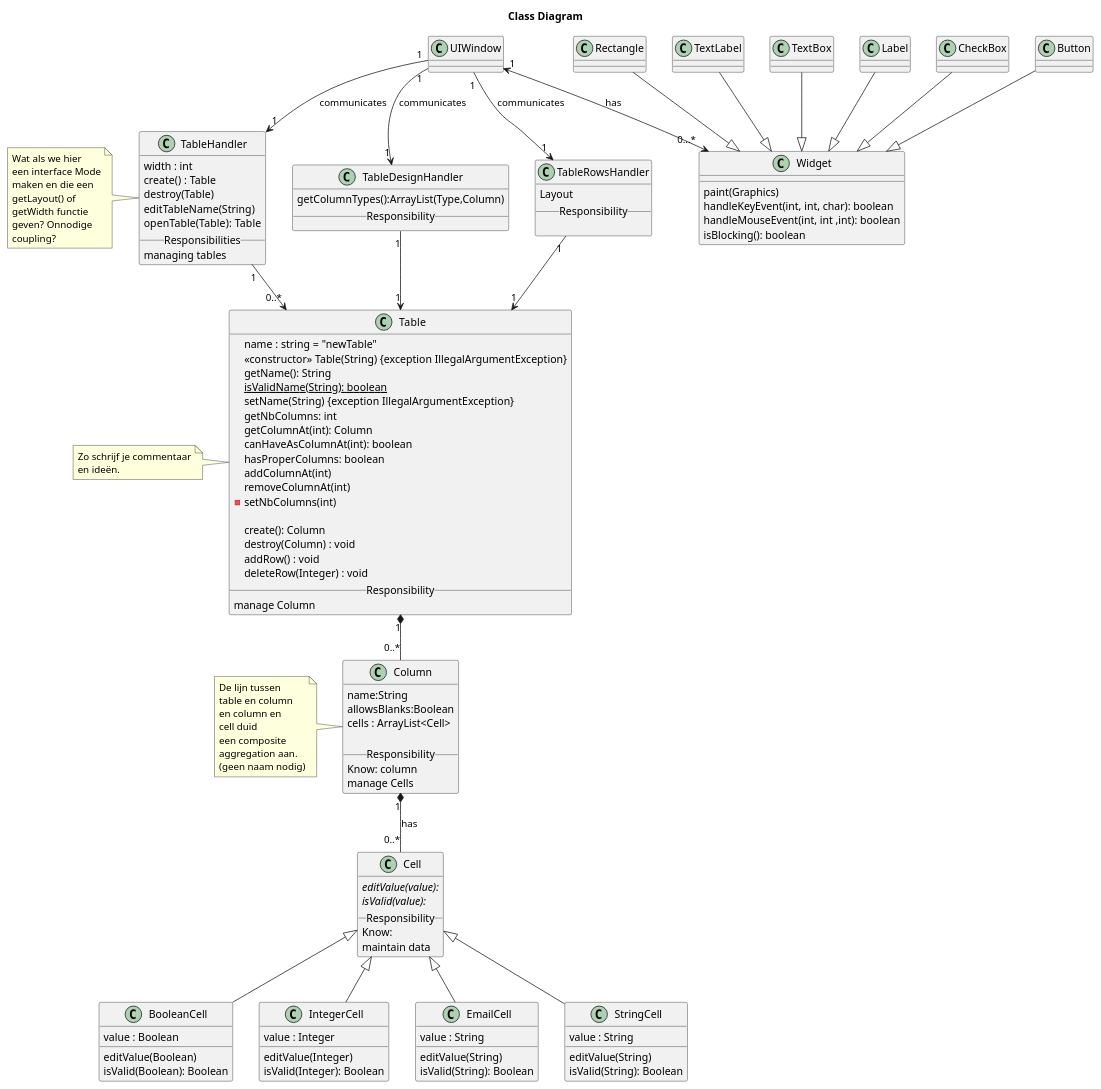
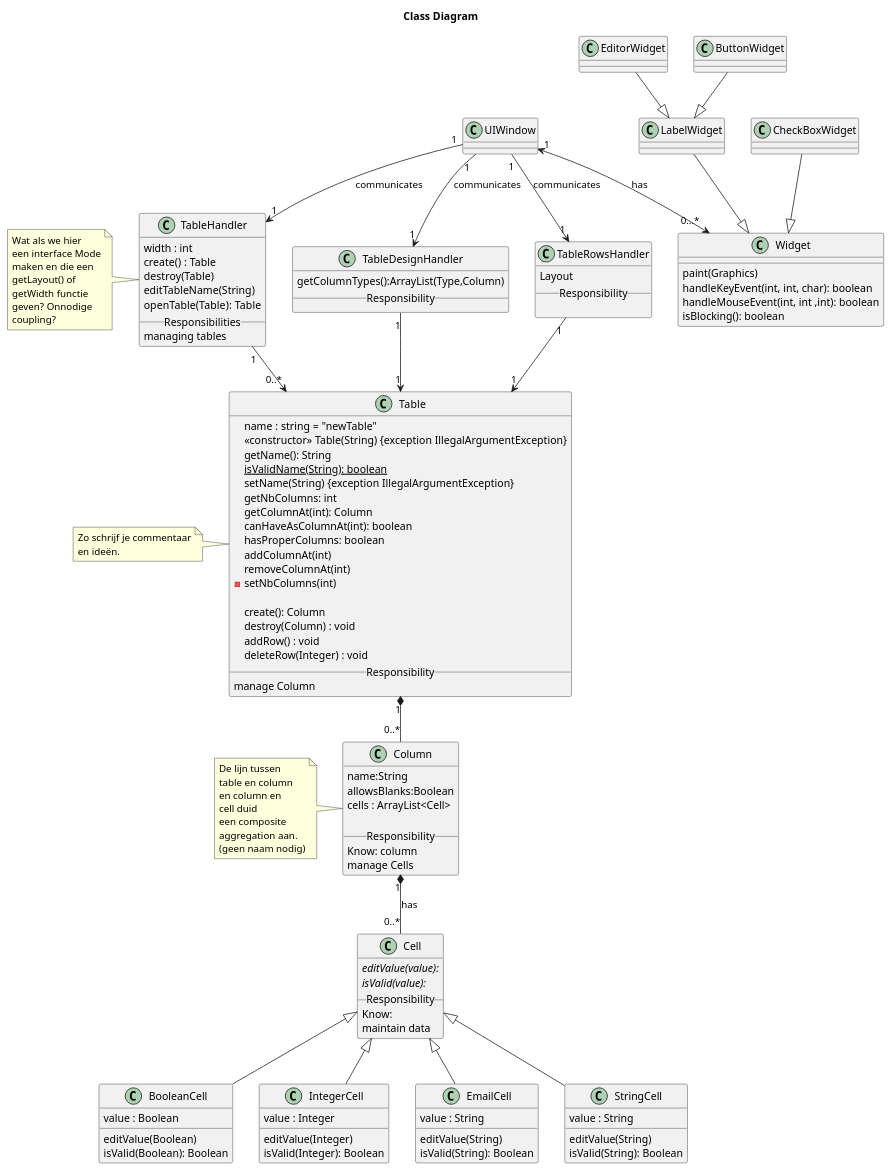
The diagram in diagrams/classDiagrams/classDiagram.puml (Bhamoss/softwareOntwerpProject), drawn with PlantUML before and after one commit. The commit also changed 8 other files, not shown here.

```diff
--- a/diagrams/classDiagrams/classDiagram.puml
+++ b/diagrams/classDiagrams/classDiagram.puml
@@ -1,162 +1,156 @@
 @startuml
 title Class Diagram
 
 class Widget{
     paint(Graphics)
     handleKeyEvent(int, int, char): boolean
     handleMouseEvent(int, int ,int): boolean
     isBlocking(): boolean
 }
 UIWindow "1" <--> "0...*" Widget: has
 
 
-class Rectangle{
+
+class LabelWidget{
 }
-Rectangle --|> Widget
+LabelWidget --|> Widget
 
-class TextLabel{
+
+class EditorWidget{
 }
-TextLabel --|> Widget
+EditorWidget --|> LabelWidget
 
-class TextBox {
+class CheckBoxWidget{
 }
-TextBox --|> Widget
-
-class Label{
+CheckBoxWidget --|> Widget
+class ButtonWidget{
 }
-Label --|> Widget
-
-class CheckBox{
-}
-CheckBox --|> Widget
-class Button{
-}
-Button --|> Widget
+ButtonWidget --|> LabelWidget
 
 
 
 class UIWindow{
 }
 
 UIWindow "1" --> "1" TableHandler:  communicates
 UIWindow "1" --> "1" TableDesignHandler:  communicates
 UIWindow "1" --> "1" TableRowsHandler:  communicates
 
 
 class TableHandler{
     width : int
     create() : Table
     destroy(Table)
     editTableName(String)
     openTable(Table): Table
     __Responsibilities__
     managing tables
 }
 note left
     Wat als we hier
     een interface Mode
     maken en die een
     getLayout() of
     getWidth functie
     geven? Onnodige
     coupling?
 end note
 TableHandler "1" --> "0..*" Table
 TableDesignHandler "1" --> "1" Table
 TableRowsHandler "1" --> "1" Table
 
 note left
     Zo schrijf je commentaar
     en ideën.
 end note
 
 class TableDesignHandler{
     getColumnTypes():ArrayList(Type,Column)
 __Responsibility__
 }
 
 class TableRowsHandler{
     Layout
 __Responsibility__
 
 }
 
 class Table{
     name : string = "newTable"
     <<constructor>> Table(String) {exception IllegalArgumentException}
     getName(): String
     isValidName(String): boolean {static}
     setName(String) {exception IllegalArgumentException}
     getNbColumns: int
     getColumnAt(int): Column
     canHaveAsColumnAt(int): boolean
     hasProperColumns: boolean
     addColumnAt(int)
     removeColumnAt(int)
     - setNbColumns(int)
 
     create(): Column
     destroy(Column) : void
     addRow() : void
     deleteRow(Integer) : void
 __Responsibility__
 manage Column
 }
 
 
 
 class Cell{
 editValue(value): {abstract}
 isValid(value): {abstract}
 __Responsibility__
 Know:
 maintain data
 }
 Cell <|-- BooleanCell
 Cell <|-- IntegerCell
 Cell <|-- EmailCell
 Cell <|-- StringCell
 
 class Column{
 name:String
 allowsBlanks:Boolean
 cells : ArrayList<Cell>
 
 __Responsibility__
 Know: column
 manage Cells
 }
 
 Table "1" *-- "0..*" Column
 note left
     De lijn tussen
     table en column
     en column en
     cell duid
     een composite
     aggregation aan.
     (geen naam nodig)
 end note
 Column "1" *-- "0..*" Cell: has
 
 class BooleanCell{
 value : Boolean
 editValue(Boolean)
 isValid(Boolean): Boolean
 }
 class StringCell{
 value : String
 editValue(String)
 isValid(String): Boolean
 }
 class EmailCell{
 value : String
 editValue(String)
 isValid(String): Boolean
 }
 class IntegerCell{
 value : Integer
 editValue(Integer)
 isValid(Integer): Boolean
 }
 @enduml
```
